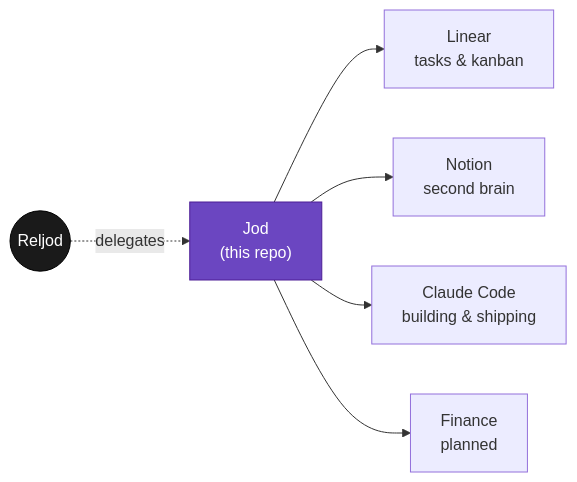
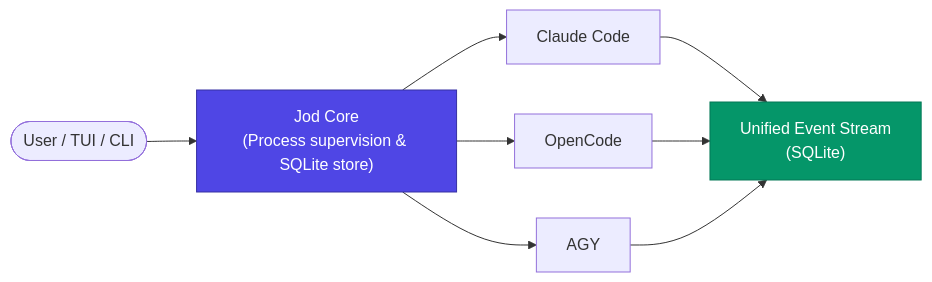
Before and after one commit to Reljod/Jod: the diagram in README.md, drawn with Mermaid. The commit also changed other lines of this file and 2 other files, not shown here.

````diff
--- a/README.md
+++ b/README.md
@@ -31,15 +26,18 @@
 ```mermaid
 flowchart LR
-    R((Reljod))
-    J["Jod\n(this repo)"]
+    User(["User / TUI / CLI"])
+    JodCore["Jod Core\n(Process supervision & SQLite store)"]
 
-    R -. delegates .-> J
+    User --> JodCore
 
-    J --> L[Linear\ntasks & kanban]
-    J --> N[Notion\nsecond brain]
-    J --> C[Claude Code\nbuilding & shipping]
-    J --> F[Finance\nplanned]
+    JodCore --> H1["Claude Code"]
+    JodCore --> H2["OpenCode"]
+    JodCore --> H3["AGY"]
 
-    style J fill:#6b46c1,stroke:#4c1d95,color:#fff
-    style R fill:#1a1a1a,stroke:#000,color:#fff
+    H1 --> Events["Unified Event Stream\n(SQLite)"]
+    H2 --> Events
+    H3 --> Events
+
+    style JodCore fill:#4f46e5,stroke:#3730a3,color:#fff
+    style Events fill:#059669,stroke:#047857,color:#fff
 ```
````
